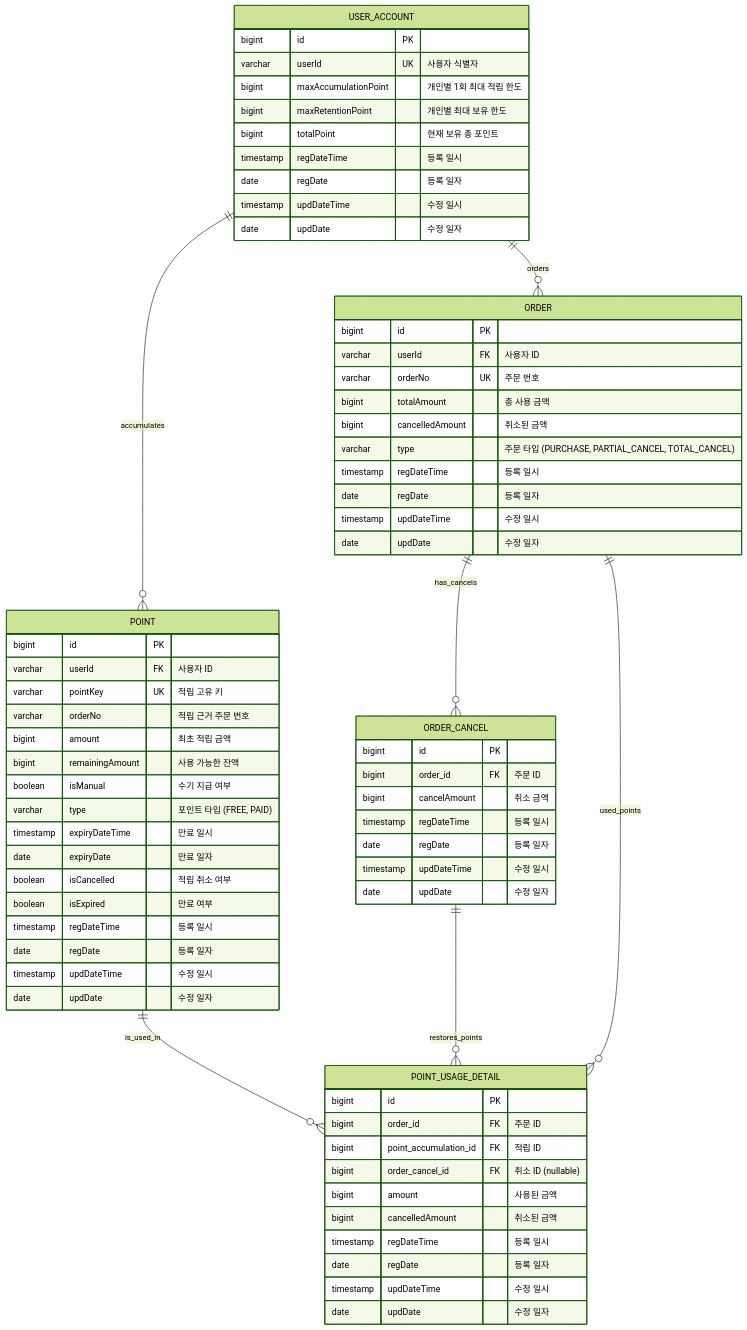
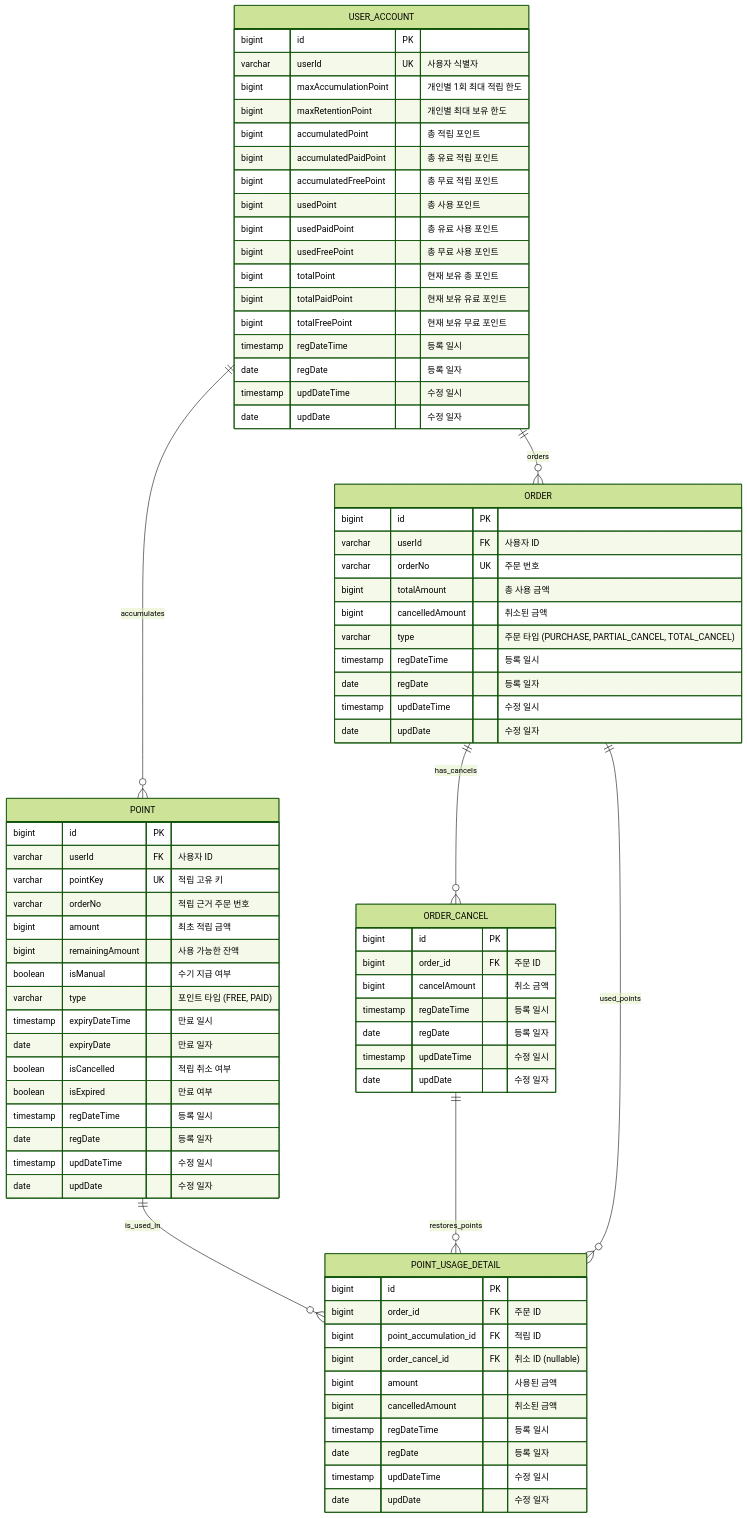
Before and after one commit to muzzaiwork/point: the diagram in docs/데이터베이스 설계.md, drawn with Mermaid (forest theme). The commit also changed other lines of this file and 4 other files, not shown here.

Commit message:
Add detailed point balance columns (paid/free) to UserAccount and update PointService

```diff
--- a/docs/데이터베이스 설계.md
+++ b/docs/데이터베이스 설계.md
@@ -16,7 +16,15 @@
         varchar userId UK "사용자 식별자"
         bigint maxAccumulationPoint "개인별 1회 최대 적립 한도"
         bigint maxRetentionPoint "개인별 최대 보유 한도"
+        bigint accumulatedPoint "총 적립 포인트"
+        bigint accumulatedPaidPoint "총 유료 적립 포인트"
+        bigint accumulatedFreePoint "총 무료 적립 포인트"
+        bigint usedPoint "총 사용 포인트"
+        bigint usedPaidPoint "총 유료 사용 포인트"
+        bigint usedFreePoint "총 무료 사용 포인트"
         bigint totalPoint "현재 보유 총 포인트"
+        bigint totalPaidPoint "현재 보유 유료 포인트"
+        bigint totalFreePoint "현재 보유 무료 포인트"
         timestamp regDateTime "등록 일시"
         date regDate "등록 일자"
         timestamp updDateTime "수정 일시"
```
